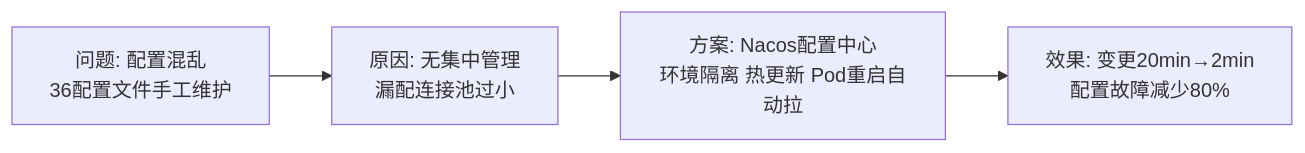
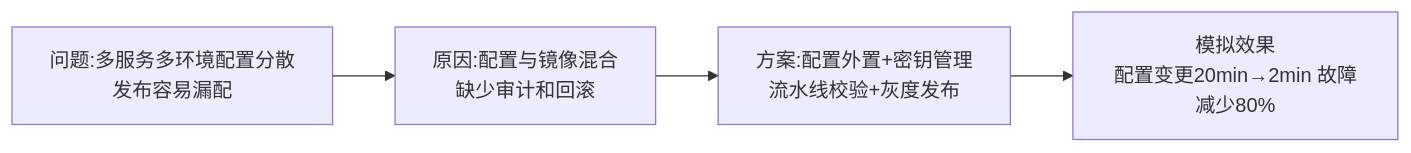
One commit to EdgarLQS/SoftwareArchitectureExamGuide changed the fourth of 4 diagrams in 02-论文专题/0005-云原生/00-大纲记忆卡.md. Above: the diagram before and after it, drawn with Mermaid. The commit also changed other lines of this file, not shown here.

````diff
--- a/02-论文专题/0005-云原生/00-大纲记忆卡.md
+++ b/02-论文专题/0005-云原生/00-大纲记忆卡.md
@@ -59,6 +108,6 @@
 ```mermaid
 flowchart LR
-    A["问题: 配置混乱<br/>36配置文件手工维护"] --> B["原因: 无集中管理<br/>漏配连接池过小"]
-    B --> C["方案: Nacos配置中心<br/>环境隔离 热更新 Pod重启自动拉"]
-    C --> D["效果: 变更20min→2min<br/>配置故障减少80%"]
+    A["问题:多服务多环境配置分散<br/>发布容易漏配"] --> B["原因:配置与镜像混合<br/>缺少审计和回滚"]
+    B --> C["方案:配置外置+密钥管理<br/>流水线校验+灰度发布"]
+    C --> D["模拟效果<br/>配置变更20min→2min 故障减少80%"]
 ```
````
